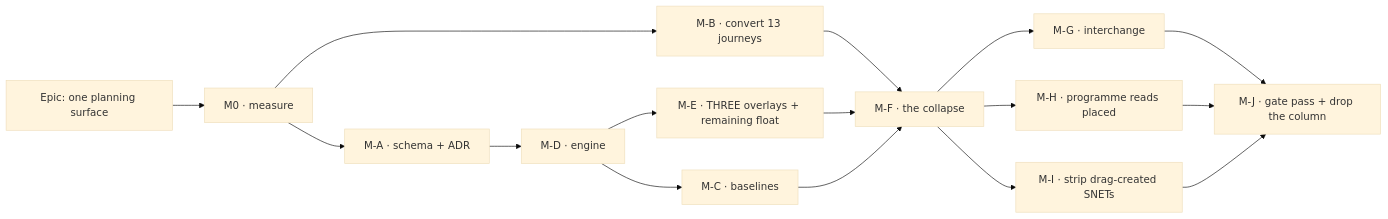
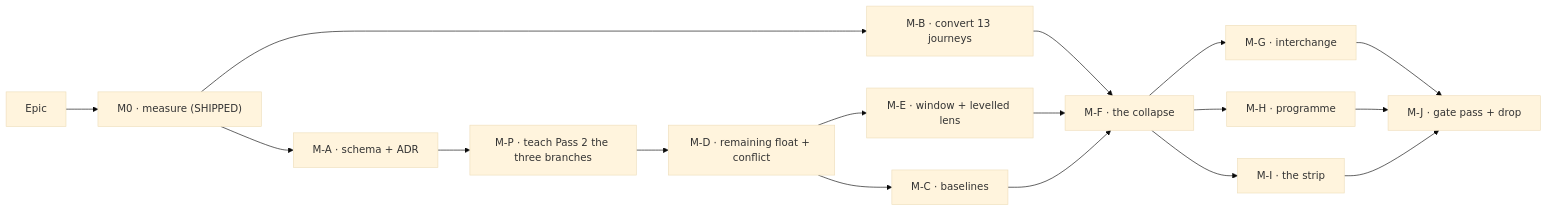
One commit to HuttonHomeHub/SchedulePoint_1 changed the diagram in docs/specs/one-planning-surface/implementation-plan.md. Above: the diagram before and after it, drawn with Mermaid (base theme). The commit also changed other lines of this file, not shown here.

````diff
--- a/docs/specs/one-planning-surface/implementation-plan.md
+++ b/docs/specs/one-planning-surface/implementation-plan.md
@@ -17,18 +16,19 @@
 ```mermaid
 flowchart LR
-  E["Epic: one planning surface"] --> M0["M0 · measure"]
+  E["Epic"] --> M0["M0 · measure (SHIPPED)"]
   M0 --> MA["M-A · schema + ADR"]
   M0 --> MB["M-B · convert 13 journeys"]
-  MA --> MD["M-D · engine"]
+  MA --> MP["M-P · teach Pass 2 the three branches"]
+  MP --> MD["M-D · remaining float + conflict"]
   MD --> MC["M-C · baselines"]
-  MD --> ME["M-E · THREE overlays + remaining float"]
+  MD --> ME["M-E · window + levelled lens"]
   MB --> MF["M-F · the collapse"]
   ME --> MF
   MC --> MF
   MF --> MG["M-G · interchange"]
-  MF --> MH["M-H · programme reads placed"]
-  MF --> MI["M-I · strip drag-created SNETs"]
-  MG --> MJ["M-J · gate pass + drop the column"]
+  MF --> MH["M-H · programme"]
+  MF --> MI["M-I · the strip"]
+  MG --> MJ["M-J · gate pass + drop"]
   MH --> MJ
   MI --> MJ
 ```
````
